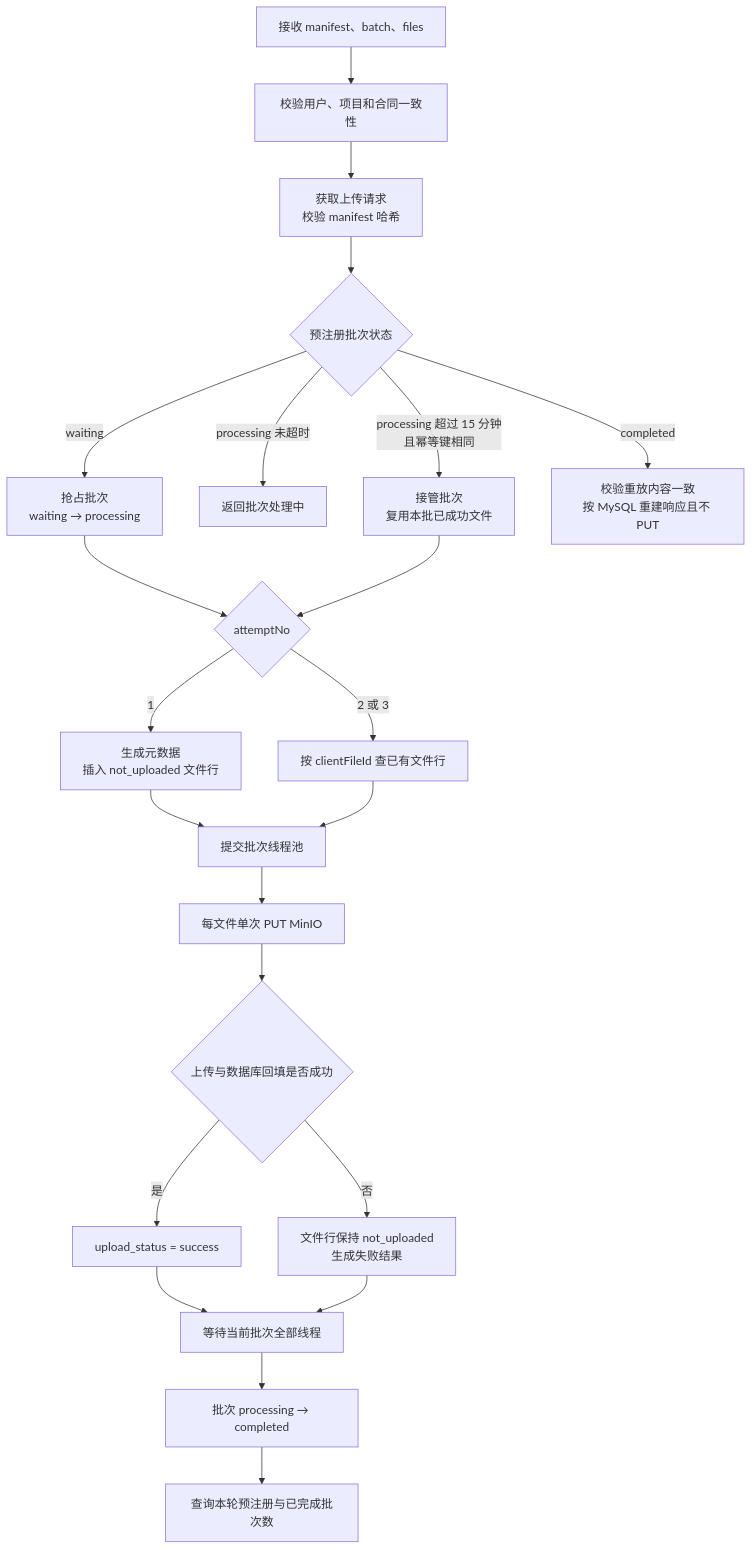
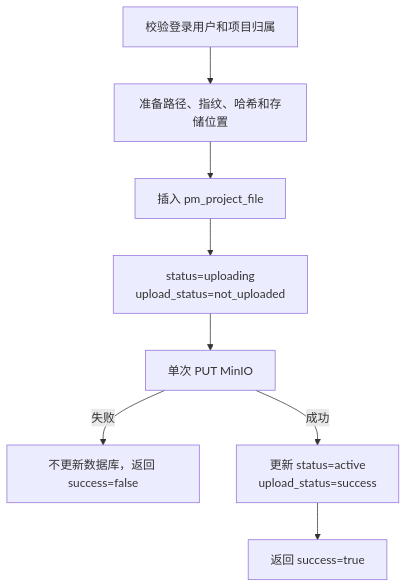
The second of 2 diagrams in docs/18-项目文件可靠上传模块设计.md (ningningsenpai/PM-AGENT), drawn with Mermaid before and after one commit. The commit also changed other lines of this file and 80 other files, not shown here.

````diff
--- a/docs/18-项目文件可靠上传模块设计.md
+++ b/docs/18-项目文件可靠上传模块设计.md
@@ -296,24 +126,10 @@
-~~~mermaid
+```mermaid
 flowchart TD
-    A["接收 manifest、batch、files"] --> B["校验用户、项目和合同一致性"]
-    B --> C["获取上传请求<br/>校验 manifest 哈希"]
-    C --> D{"预注册批次状态"}
-    D -->|waiting| D1["抢占批次<br/>waiting → processing"]
-    D -->|processing 未超时| D2["返回批次处理中"]
-    D -->|processing 超过 15 分钟<br/>且幂等键相同| D3["接管批次<br/>复用本批已成功文件"]
-    D -->|completed| D4["校验重放内容一致<br/>按 MySQL 重建响应且不 PUT"]
-    D1 --> E{"attemptNo"}
-    D3 --> E
-    E -->|1| F["生成元数据<br/>插入 not_uploaded 文件行"]
-    E -->|2 或 3| G["按 clientFileId 查已有文件行"]
-    F --> H["提交批次线程池"]
-    G --> H
-    H --> I["每文件单次 PUT MinIO"]
-    I --> J{"上传与数据库回填是否成功"}
-    J -->|是| K["upload_status = success"]
-    J -->|否| L["文件行保持 not_uploaded<br/>生成失败结果"]
-    K --> M["等待当前批次全部线程"]
-    L --> M
-    M --> N["批次 processing → completed"]
-    N --> O["查询本轮预注册与已完成批次数"]
-~~~
+    A["校验登录用户和项目归属"] --> B["准备路径、指纹、哈希和存储位置"]
+    B --> C["插入 pm_project_file"]
+    C --> D["status=uploading\nupload_status=not_uploaded"]
+    D --> E["单次 PUT MinIO"]
+    E -->|失败| F["不更新数据库，返回 success=false"]
+    E -->|成功| G["更新 status=active\nupload_status=success"]
+    G --> H["返回 success=true"]
+```
````
